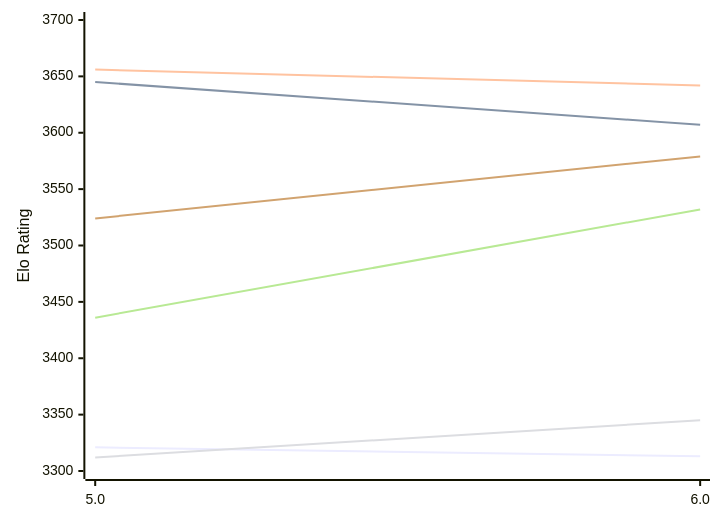
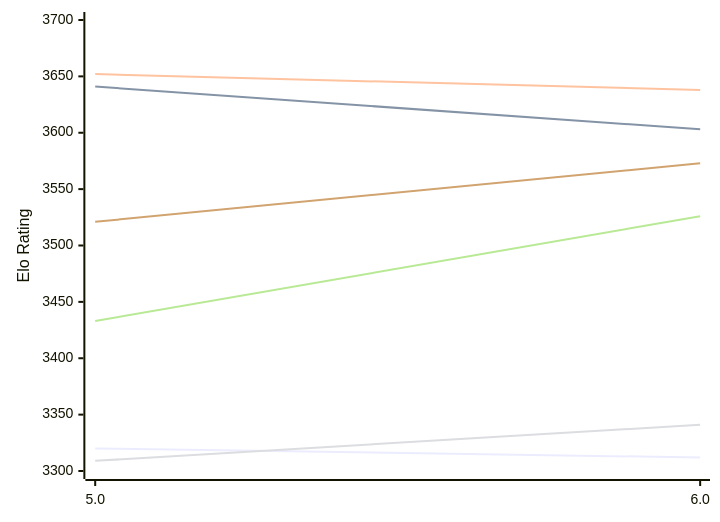
The first of 2 diagrams in engines/Tarnished.md (computer-chess-index/cci), drawn with Mermaid before and after one commit. The commit also changed other lines of this file, not shown here.

Commit message:
Update CCI Ratings (ELO VLTC) - 2026-11-19

````diff
--- a/engines/Tarnished.md
+++ b/engines/Tarnished.md
@@ -51,12 +51,12 @@
 ```mermaid
 %%{init: {"theme":"base","themeVariables":{"seriesColors:['#a3a3a3','#222221','#faa371']}}}%%
 xychart-beta
   x-axis ["5.0", "6.0"]
   y-axis "Elo Rating" 3300 --> 3700
-  line "E1: STC (8.0+0.08s)" [3321, 3313]
-  line "E1: LTC (60.0+0.60s)" [3645, 3607]
-  line "E1: VLTC (2m24s+1.12s)" [3656, 3642]
-  line "P1: STC (8.0+0.08s)" [3312, 3345]
-  line "P1: LTC (60.0+0.60s)" [3436, 3532]
-  line "P1: VLTC (2m24s+1.12s)" [3524, 3579]
+  line "E1: STC (8.0+0.08s)" [3320, 3312]
+  line "E1: LTC (60.0+0.60s)" [3641, 3603]
+  line "E1: VLTC (2m24s+1.12s)" [3652, 3638]
+  line "P1: STC (8.0+0.08s)" [3309, 3341]
+  line "P1: LTC (60.0+0.60s)" [3433, 3526]
+  line "P1: VLTC (2m24s+1.12s)" [3521, 3573]
 ```
````
